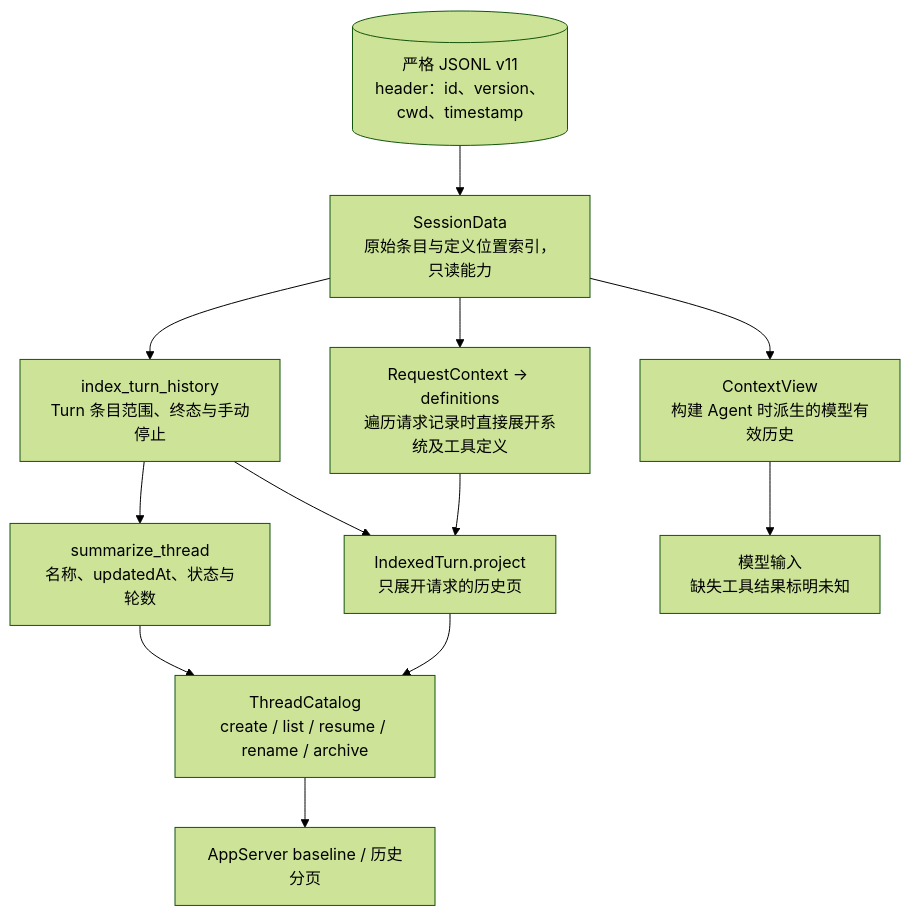
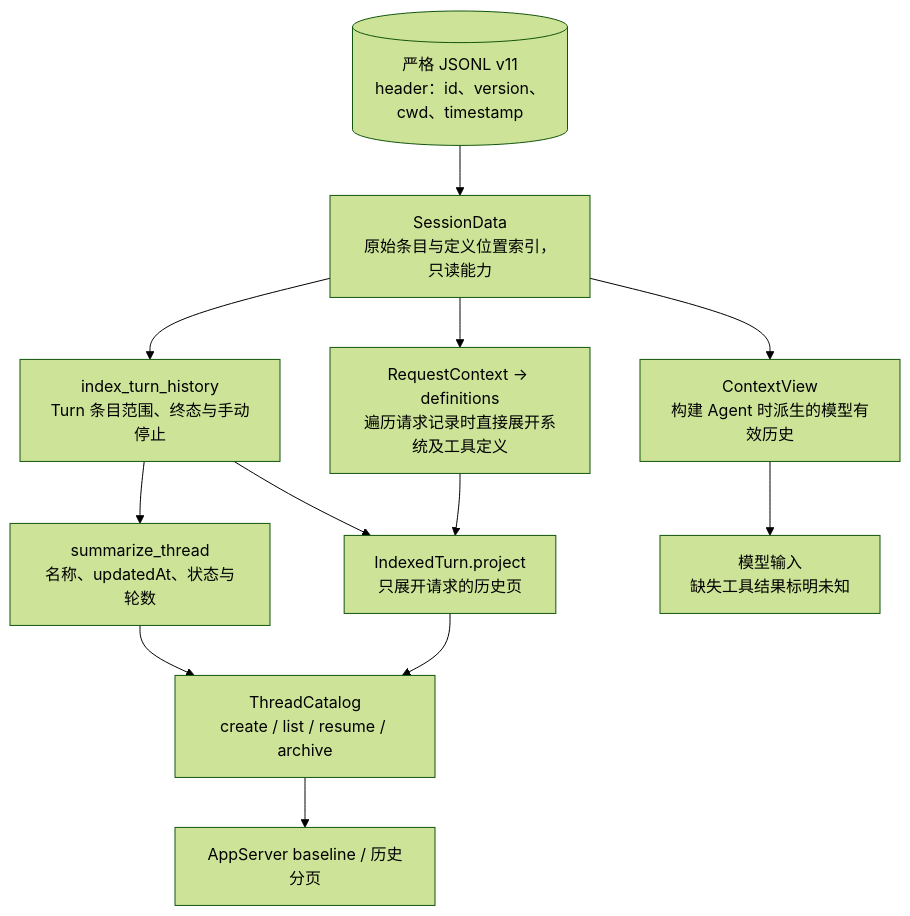
Before and after one commit to qjcnmd/singularity-agent: diagram 27 of 29 in docs/architecture.md, drawn with Mermaid (forest theme). The commit also changed other lines of this file and 52 other files, not shown here.

````diff
--- a/docs/architecture.md
+++ b/docs/architecture.md
@@ -787,15 +789,15 @@
 ```mermaid
 flowchart TB
     JSONL[("严格 JSONL v11<br/>header：id、version、cwd、timestamp")]
     JSONL --> Data["SessionData<br/>原始条目与定义位置索引，只读能力"]
     Data --> Context["ContextView<br/>构建 Agent 时派生的模型有效历史"]
     Data --> Turns["index_turn_history<br/>Turn 条目范围、终态与手动停止"]
     Turns --> Summary["summarize_thread<br/>名称、updatedAt、状态与轮数"]
     Turns --> Page["IndexedTurn.project<br/>只展开请求的历史页"]
     Data --> Requests["RequestContext → definitions<br/>遍历请求记录时直接展开系统及工具定义"]
-    Summary --> Catalog["ThreadCatalog<br/>create / list / resume / rename / archive"]
+    Summary --> Catalog["ThreadCatalog<br/>create / list / resume / archive"]
     Page --> Catalog
     Requests --> Page
     Catalog --> WB["AppServer baseline / 历史分页"]
     Context --> Model["模型输入<br/>缺失工具结果标明未知"]
 ```
````
